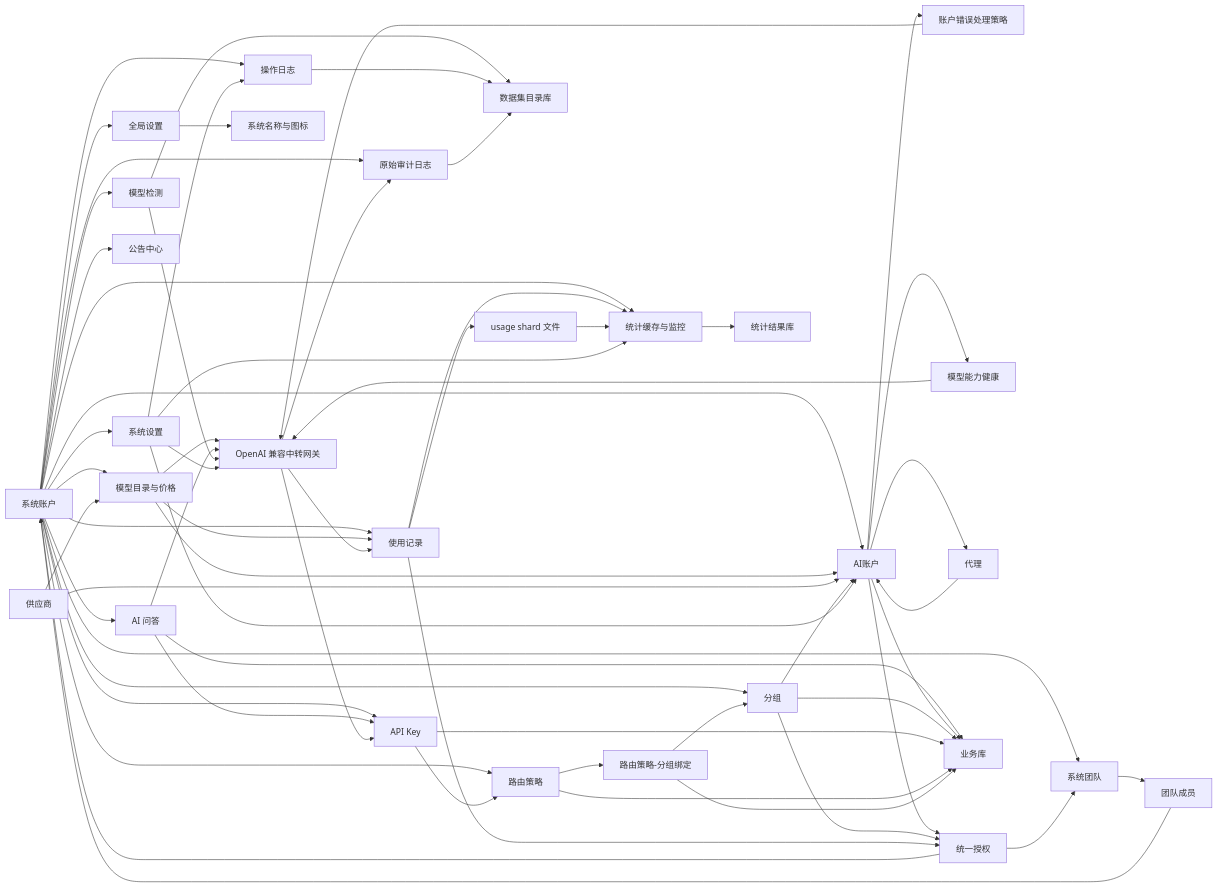
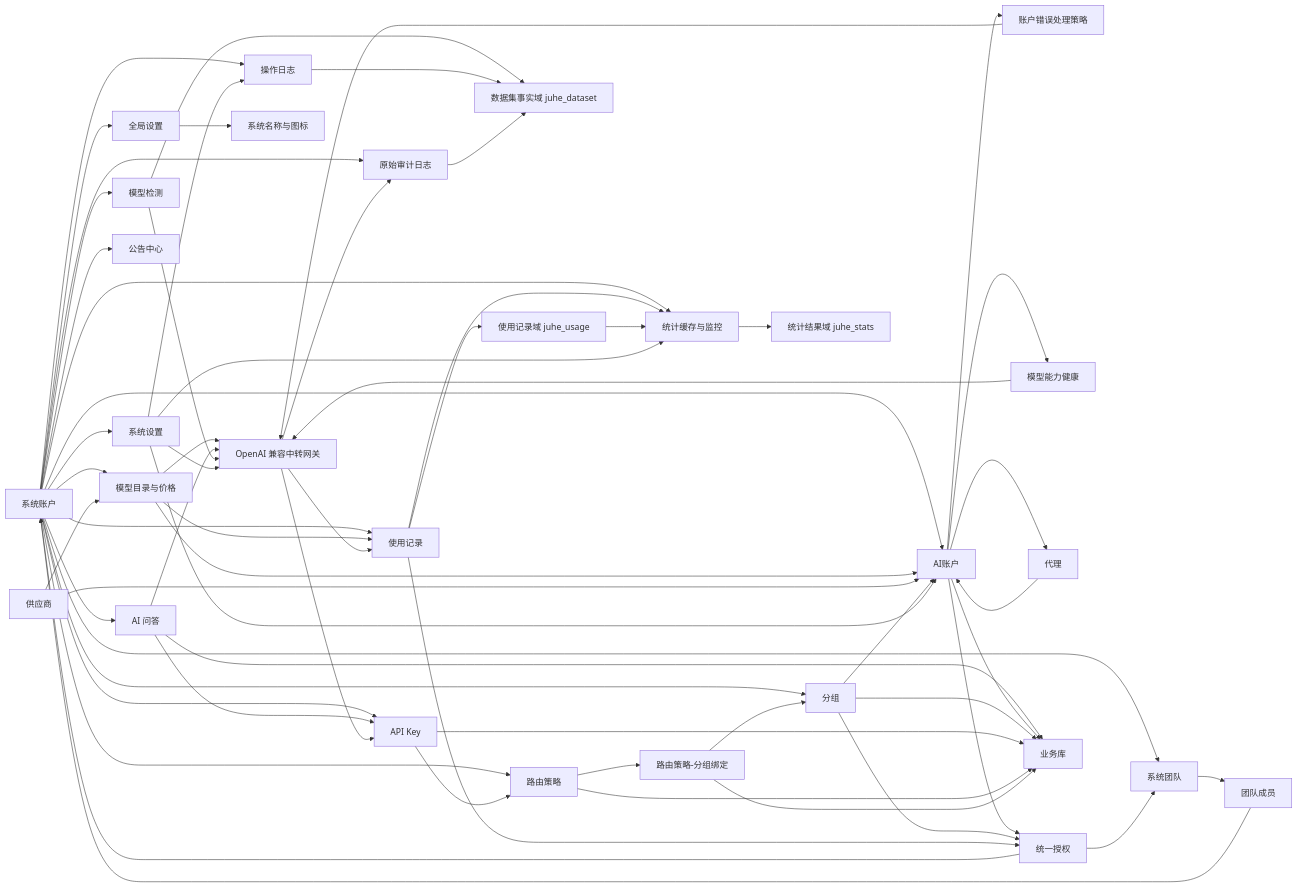
Before and after one commit to huanmin123/juhe-ai: the diagram in docs/architecture/架构总览.md, drawn with Mermaid. The commit also changed other lines of this file and 47 other files, not shown here.

````diff
--- a/docs/architecture/架构总览.md
+++ b/docs/architecture/架构总览.md
@@ -141,65 +141,65 @@
 ```mermaid
 flowchart LR
   SystemAccount["系统账户"] --> GlobalSettings["全局设置"]
   SystemAccount --> SystemSettings["系统设置"]
   SystemAccount --> SystemTeam["系统团队"]
   SystemTeam --> TeamMember["团队成员"]
   TeamMember --> SystemAccount
   SystemAccount --> AIAccount["AI账户"]
   SystemAccount --> Group["分组"]
   SystemAccount --> APIKey["API Key"]
   SystemAccount --> AIChat["AI 问答"]
   SystemAccount --> RouteStrategy["路由策略"]
   SystemAccount --> ModelCheck["模型检测"]
   SystemAccount --> Usage["使用记录"]
   SystemAccount --> OperationLog["操作日志"]
   SystemAccount --> AuditLog["原始审计日志"]
   SystemAccount --> Stats["统计缓存与监控"]
   SystemAccount --> Announcement["公告中心"]
   SystemAccount --> ModelCatalog["模型目录与价格"]
   AIAccount --> AccountErrorPolicy["账户错误处理策略"]
   AIAccount --> AccountCapabilityHealth["模型能力健康"]
   AccountCapabilityHealth --> Gateway
   AccountErrorPolicy --> Gateway
   GlobalSettings --> AppBrand["系统名称与图标"]
   Provider["供应商"] --> ModelCatalog
   ModelCatalog --> AIAccount
   ModelCatalog --> Gateway
   ModelCatalog --> Usage
   Provider["供应商"] --> AIAccount
   Proxy["代理"] --> AIAccount
   AIAccount --> Proxy
   AIAccount --> ResourceAuthorization["统一授权"]
   Group --> ResourceAuthorization
   ResourceAuthorization --> SystemAccount
   ResourceAuthorization --> SystemTeam
   Group --> AIAccount
   APIKey --> RouteStrategy
   AIChat --> APIKey
   AIChat --> Gateway
   AIChat --> BusinessStore
   RouteStrategy --> RouteStrategyGroupBinding["路由策略-分组绑定"]
   RouteStrategyGroupBinding --> Group
   ModelCheck --> Gateway
   ModelCheck --> DatasetStore
   Gateway["OpenAI 兼容中转网关"] --> APIKey
   Gateway --> Usage["使用记录"]
   Gateway --> AuditLog
   Usage --> ResourceAuthorization
   Usage --> Stats["统计缓存与监控"]
-  Usage --> UsageShard["usage shard 文件"]
-  UsageShard --> Stats
-  DatasetStore["数据集目录库"]
+  Usage --> UsageStore["使用记录域 juhe_usage"]
+  UsageStore --> Stats
+  DatasetStore["数据集事实域 juhe_dataset"]
   OperationLog --> DatasetStore
   AuditLog --> DatasetStore
-  Stats --> StatsStore["统计结果库"]
+  Stats --> StatsStore["统计结果域 juhe_stats"]
   AIAccount --> BusinessStore["业务库"]
   Group --> BusinessStore
   APIKey --> BusinessStore
   RouteStrategy --> BusinessStore
   RouteStrategyGroupBinding --> BusinessStore
   SystemSettings --> Gateway
   SystemSettings --> OperationLog
   SystemSettings --> AIAccount
   SystemSettings --> Stats
 ```
````
